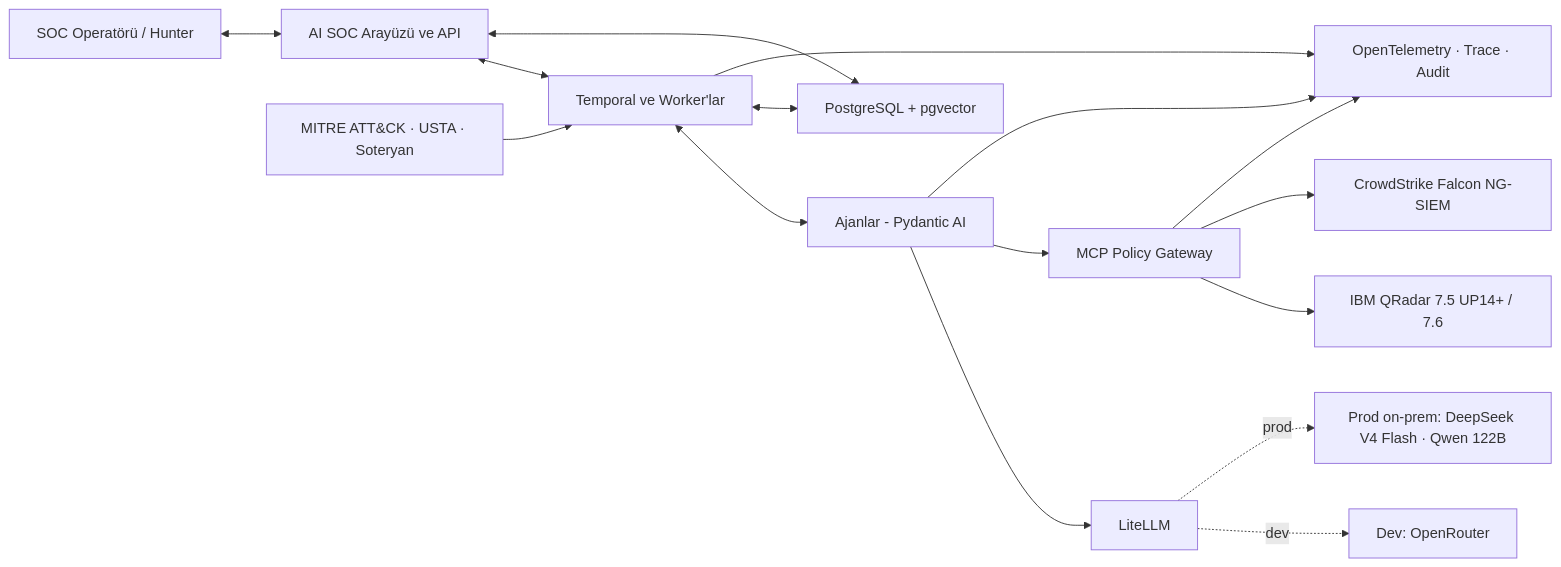
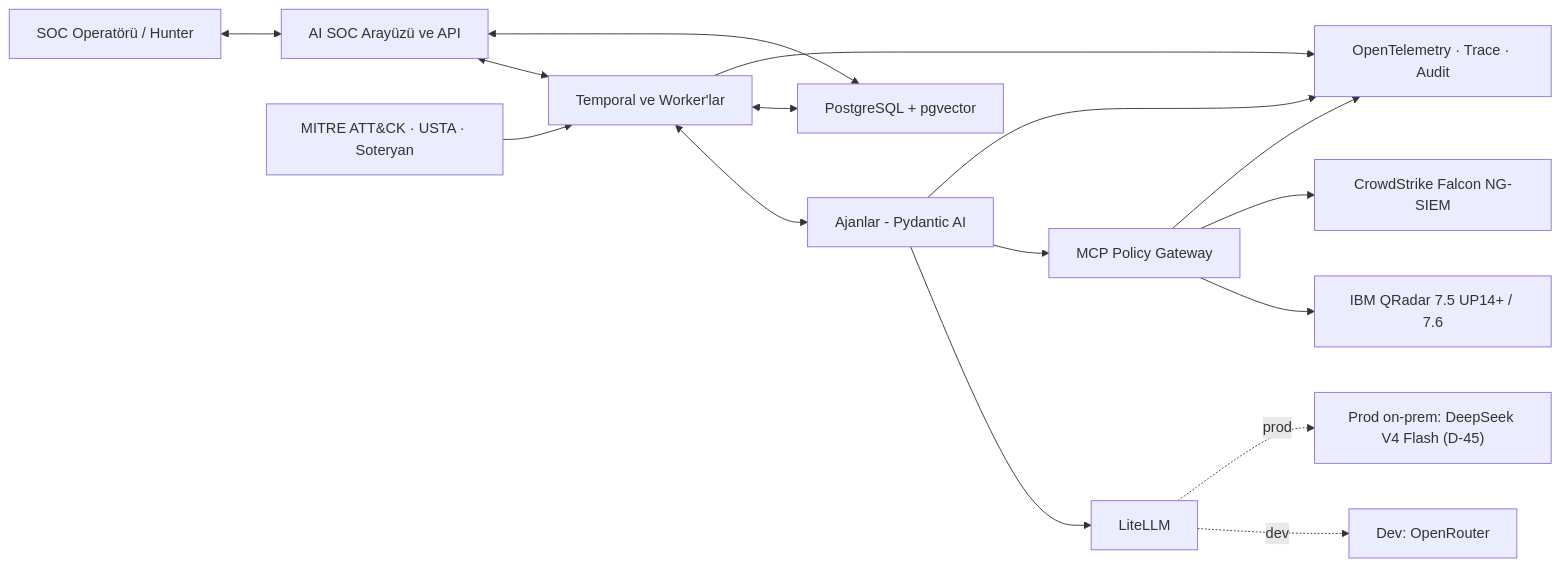
One commit to wiemBe/ais0c changed the first of 6 diagrams in docs/architecture.md. Above: the diagram before and after it, drawn with Mermaid. The commit also changed other lines of this file and 7 other files, not shown here.

Commit message:
D-45 (prod runs only DeepSeek V4 Flash) and D-46 (fork inside the repo); T-085 and T-086 task files

````diff
--- a/docs/architecture.md
+++ b/docs/architecture.md
@@ -44,32 +44,32 @@
 ```mermaid
 flowchart LR
     OP["SOC Operatörü / Hunter"]
     UI["AI SOC Arayüzü ve API"]
     TMP["Temporal ve Worker'lar"]
     AG["Ajanlar - Pydantic AI"]
     GW["MCP Policy Gateway"]
     LLM["LiteLLM"]
     DEVM["Dev: OpenRouter"]
-    PRODM["Prod on-prem: DeepSeek V4 Flash · Qwen 122B"]
+    PRODM["Prod on-prem: DeepSeek V4 Flash (D-45)"]
     QR["IBM QRadar 7.5 UP14+ / 7.6"]
     FAL["CrowdStrike Falcon NG-SIEM"]
     CTI["MITRE ATT&CK · USTA · Soteryan"]
     DB["PostgreSQL + pgvector"]
     OBS["OpenTelemetry · Trace · Audit"]
 
     OP <--> UI
     UI <--> TMP
     UI <--> DB
     TMP <--> AG
     TMP <--> DB
     AG --> LLM
     LLM -.->|"dev"| DEVM
     LLM -.->|"prod"| PRODM
     AG --> GW
     GW --> QR
     GW --> FAL
     CTI --> TMP
     AG --> OBS
     GW --> OBS
     TMP --> OBS
 ```
````
